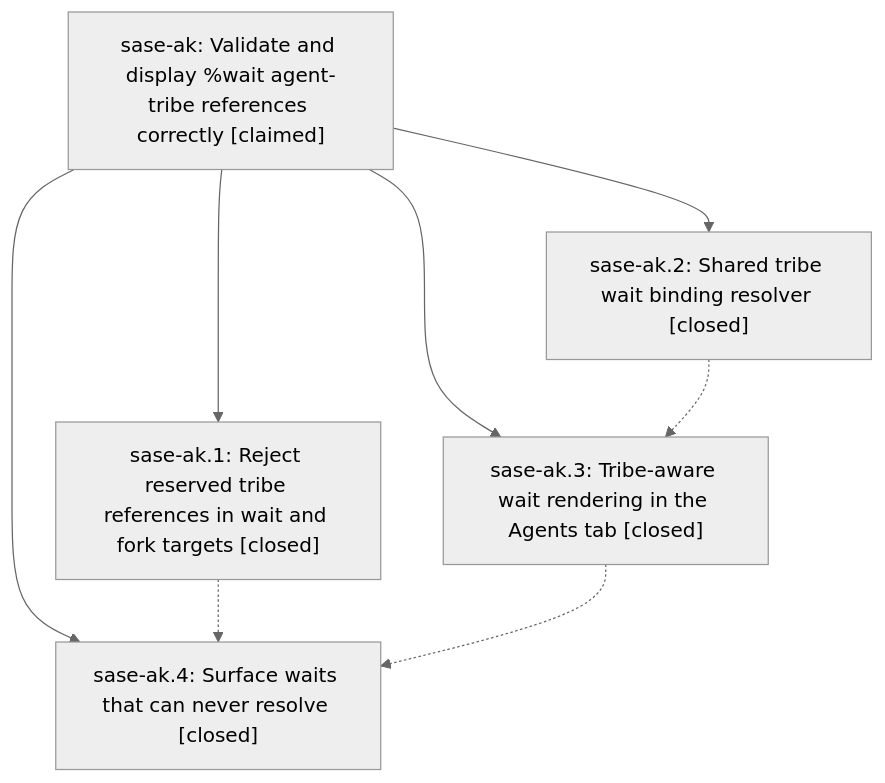
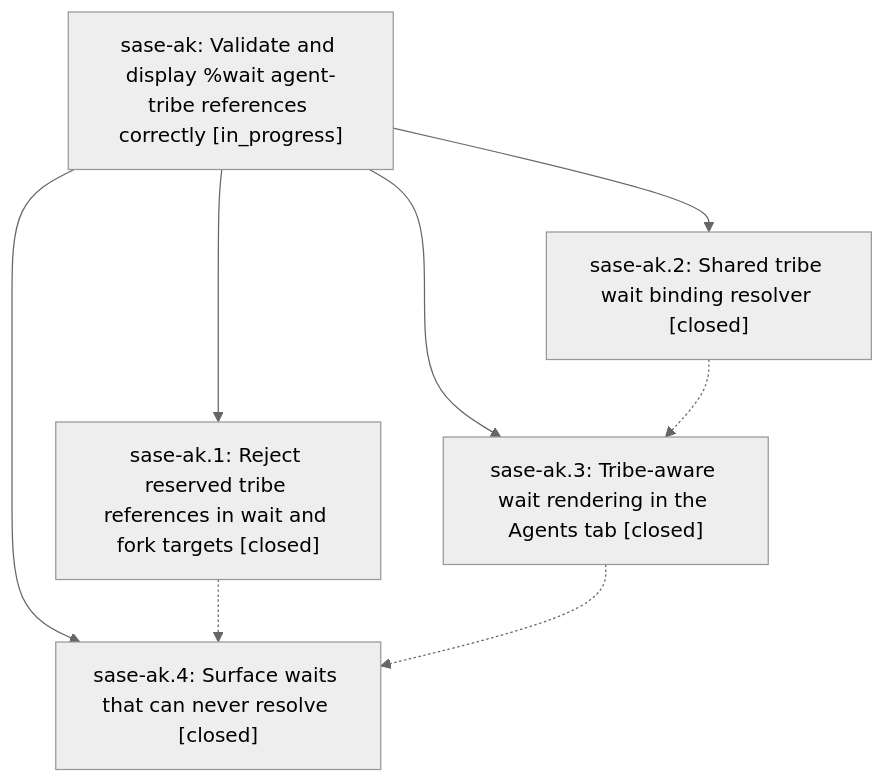
The diagram in pages/sase-ak/README.md (sase-org/sase--beads), drawn with Mermaid (neutral theme) before and after one commit. The commit also changed other lines of this file and 16 other files, not shown here.

````diff
--- a/pages/sase-ak/README.md
+++ b/pages/sase-ak/README.md
@@ -25,15 +25,15 @@
 ```mermaid
 flowchart TD
-    n0["sase-ak: Validate and display %wait agent-tribe references correctly [claimed]"]
+    n0["sase-ak: Validate and display %wait agent-tribe references correctly [in_progress]"]
     n1["sase-ak.1: Reject reserved tribe references in wait and fork targets [closed]"]
     n2["sase-ak.2: Shared tribe wait binding resolver [closed]"]
     n3["sase-ak.3: Tribe-aware wait rendering in the Agents tab [closed]"]
     n4["sase-ak.4: Surface waits that can never resolve [closed]"]
     n0 --> n1
     n0 --> n2
     n0 --> n3
     n0 --> n4
     n1 -.-> n4
     n2 -.-> n3
     n3 -.-> n4
 ```
````
